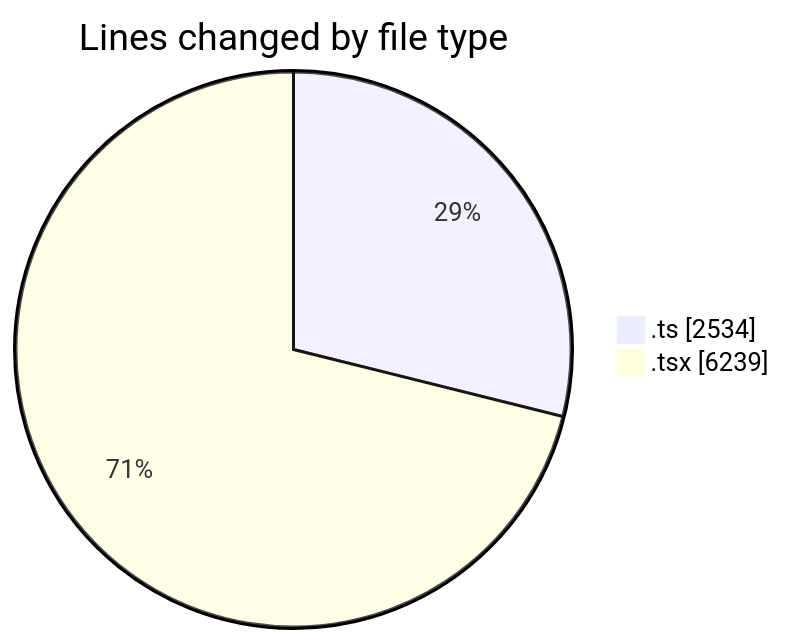
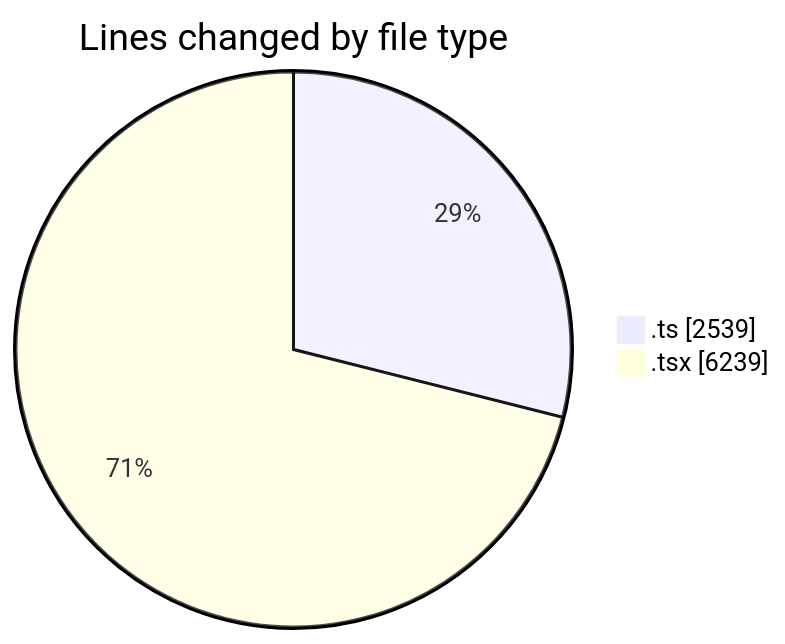
The first of 2 diagrams in 2025-07-01/cda/README.md (momahboobian/code-tracking), drawn with Mermaid before and after one commit. The commit also changed other lines of this file and 1 other file, not shown here.

````diff
--- a/2025-07-01/cda/README.md
+++ b/2025-07-01/cda/README.md
@@ -44,6 +44,6 @@
 ```mermaid
 pie showData
 title Lines changed by file type
-".ts" : 2534
+".ts" : 2539
 ".tsx" : 6239
 ```
````
